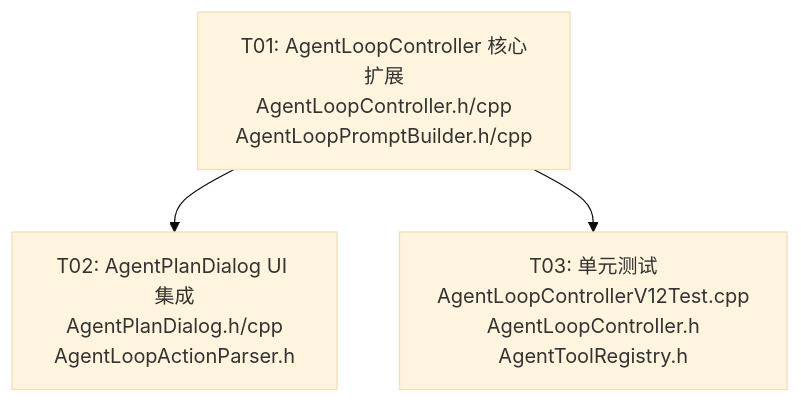
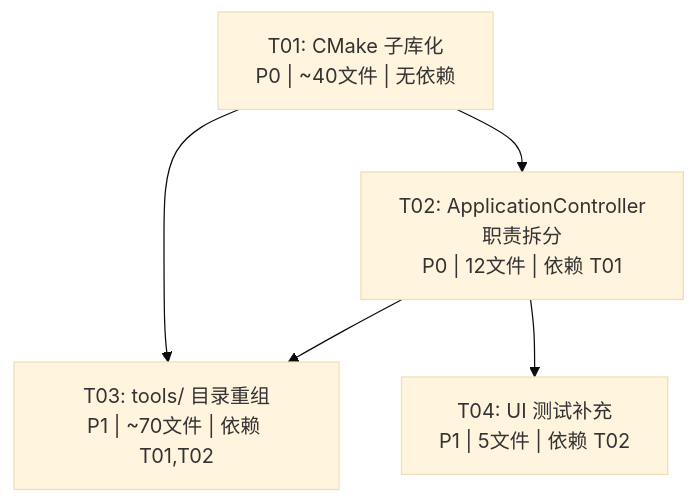
The fourth of 4 diagrams in docs/system_design.md (knightxunxi/ai-chat-desktop), drawn with Mermaid (base theme) before and after one commit. The commit also changed other lines of this file and 203 other files, not shown here.

````diff
--- a/docs/system_design.md
+++ b/docs/system_design.md
@@ -322,9 +1320,12 @@
 ```mermaid
 graph TD
-    T01[T01: AgentLoopController 核心扩展<br/>AgentLoopController.h/cpp<br/>AgentLoopPromptBuilder.h/cpp]
-    T02[T02: AgentPlanDialog UI 集成<br/>AgentPlanDialog.h/cpp<br/>AgentLoopActionParser.h]
-    T03[T03: 单元测试<br/>AgentLoopControllerV12Test.cpp<br/>AgentLoopController.h<br/>AgentToolRegistry.h]
+    T01["T01: CMake 子库化<br/>P0 | ~40文件 | 无依赖"]
+    T02["T02: ApplicationController<br/>职责拆分<br/>P0 | 12文件 | 依赖 T01"]
+    T03["T03: tools/ 目录重组<br/>P1 | ~70文件 | 依赖 T01,T02"]
+    T04["T04: UI 测试补充<br/>P1 | 5文件 | 依赖 T02"]
     
     T01 --> T02
     T01 --> T03
+    T02 --> T03
+    T02 --> T04
 ```
````
